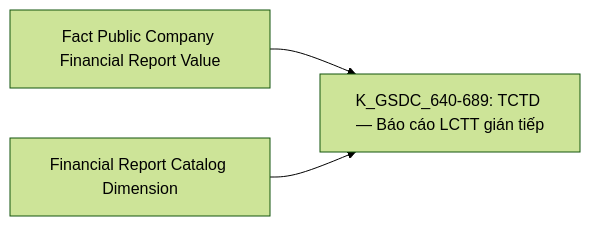
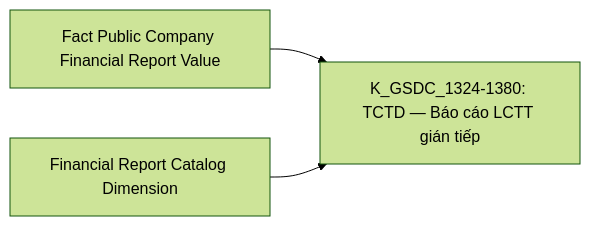
Before and after one commit to linhlvit/ubck_atomic_design: diagram 46 of 55 in Datamart/hld/DTM_GSDC_HLD.md, drawn with Mermaid (forest theme). The commit also changed other lines of this file and 2 other files, not shown here.

Commit message:
update GSDC

````diff
--- a/Datamart/hld/DTM_GSDC_HLD.md
+++ b/Datamart/hld/DTM_GSDC_HLD.md
@@ -2556,5 +2584,5 @@
 ```mermaid
 flowchart LR
-    fct_pc_fr_val_g30["Fact Public Company Financial Report Value"] --> R30["K_GSDC_640-689: TCTD — Báo cáo LCTT gián tiếp"]
+    fct_pc_fr_val_g30["Fact Public Company Financial Report Value"] --> R30["K_GSDC_1324-1380: TCTD — Báo cáo LCTT gián tiếp"]
     financial_rpt_catalog_dim_g30["Financial Report Catalog Dimension"] --> R30
 ```
````
